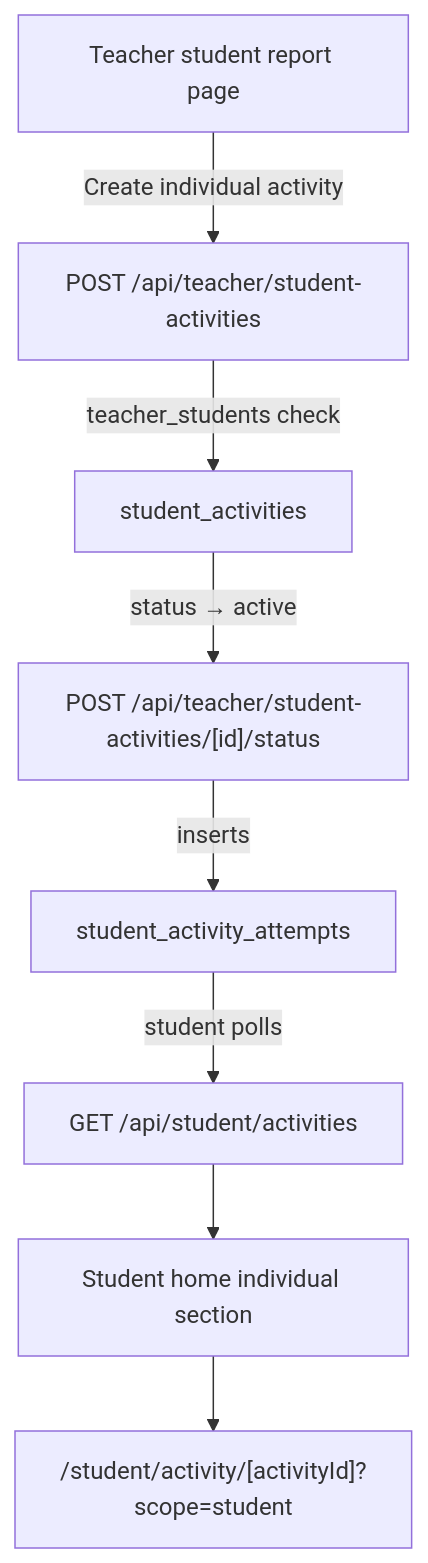
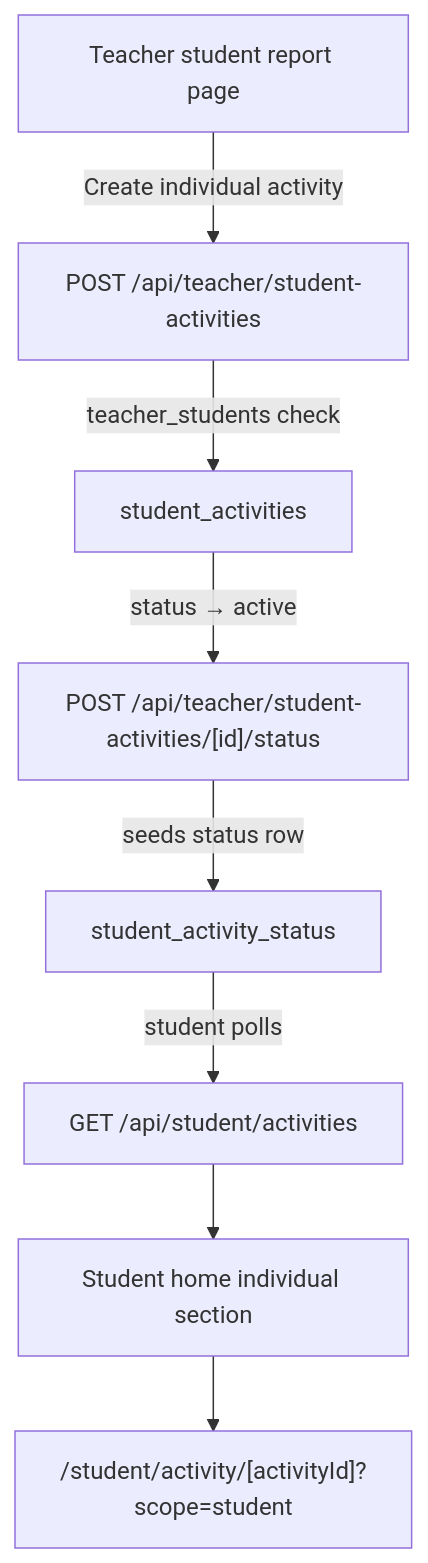
One commit to LEOKID2026/LIOSH-WEBSITE changed the diagram in .cursor/plans/private_teacher_individual_activities_0c6a8aec.plan.md. Above: the diagram before and after it, drawn with Mermaid. The commit also changed other lines of this file and 1 other file, not shown here.

````diff
--- a/.cursor/plans/private_teacher_individual_activities_0c6a8aec.plan.md
+++ b/.cursor/plans/private_teacher_individual_activities_0c6a8aec.plan.md
@@ -226,11 +271,11 @@
 ```mermaid
 flowchart TD
   teacherReport["Teacher student report page"]
   teacherReport -->|"Create individual activity"| createAPI["POST /api/teacher/student-activities"]
   createAPI -->|"teacher_students check"| student_activities
   student_activities -->|"status → active"| activateAPI["POST /api/teacher/student-activities/[id]/status"]
-  activateAPI -->|"inserts"| student_activity_attempts
-  student_activity_attempts -->|"student polls"| studentListAPI["GET /api/student/activities"]
+  activateAPI -->|"seeds status row"| student_activity_status
+  student_activity_status -->|"student polls"| studentListAPI["GET /api/student/activities"]
   studentListAPI --> studentHome["Student home individual section"]
   studentHome --> activityPlayer["/student/activity/[activityId]?scope=student"]
 ```
````
